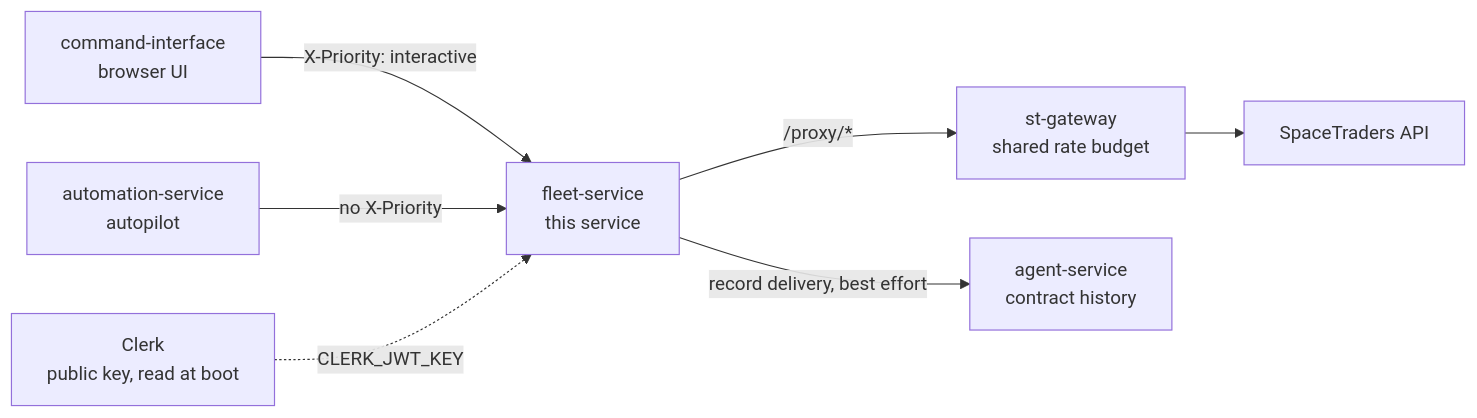
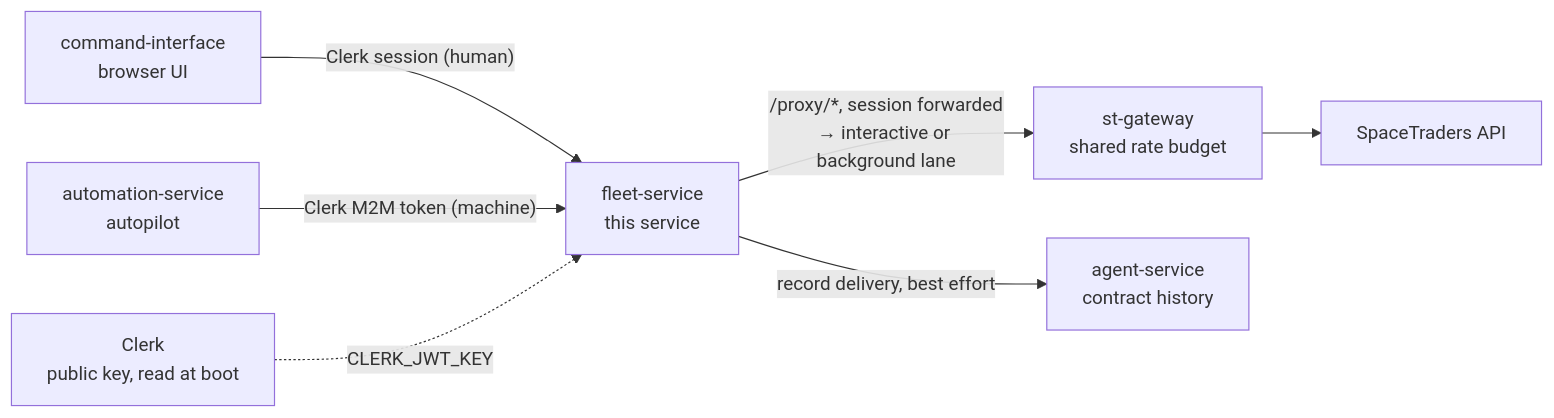
Before and after one commit to V-M-Pioneer-Trading/fleet-service: the first of 3 diagrams in README.md, drawn with Mermaid. The commit also changed other lines of this file and 8 other files, not shown here.

First line of the commit message:
Delete the game token and X-Priority; forward the caller's Clerk session instead (#17)

````diff
--- a/README.md
+++ b/README.md
@@ -27,17 +28,17 @@
 ```mermaid
 flowchart LR
   browser["command-interface<br/>browser UI"]
   autopilot["automation-service<br/>autopilot"]
   clerk["Clerk<br/>public key, read at boot"]
   fleet["fleet-service<br/>this service"]
   gateway["st-gateway<br/>shared rate budget"]
   st["SpaceTraders API"]
   agent["agent-service<br/>contract history"]
 
-  browser -->|"X-Priority: interactive"| fleet
-  autopilot -->|"no X-Priority"| fleet
+  browser -->|"Clerk session (human)"| fleet
+  autopilot -->|"Clerk M2M token (machine)"| fleet
   clerk -.->|"CLERK_JWT_KEY"| fleet
-  fleet -->|"/proxy/*"| gateway
+  fleet -->|"/proxy/*, session forwarded<br/>→ interactive or background lane"| gateway
   gateway --> st
   fleet -->|"record delivery, best effort"| agent
 ```
````
